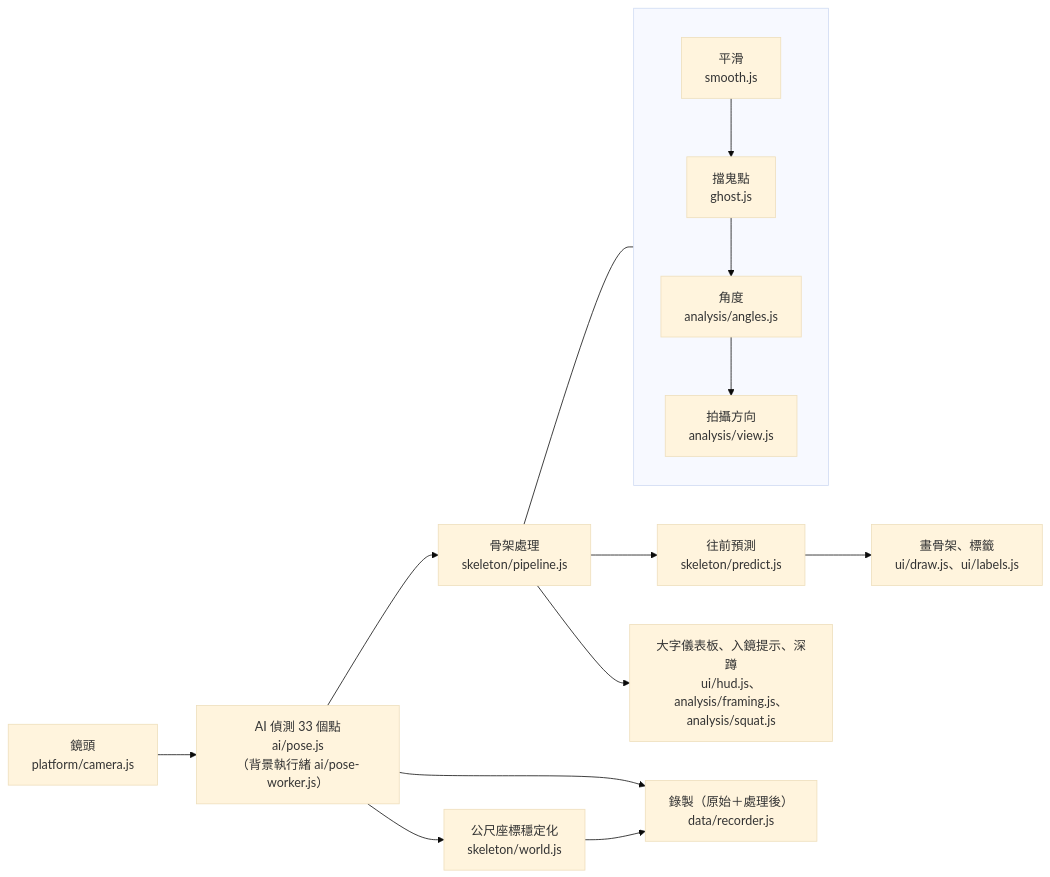
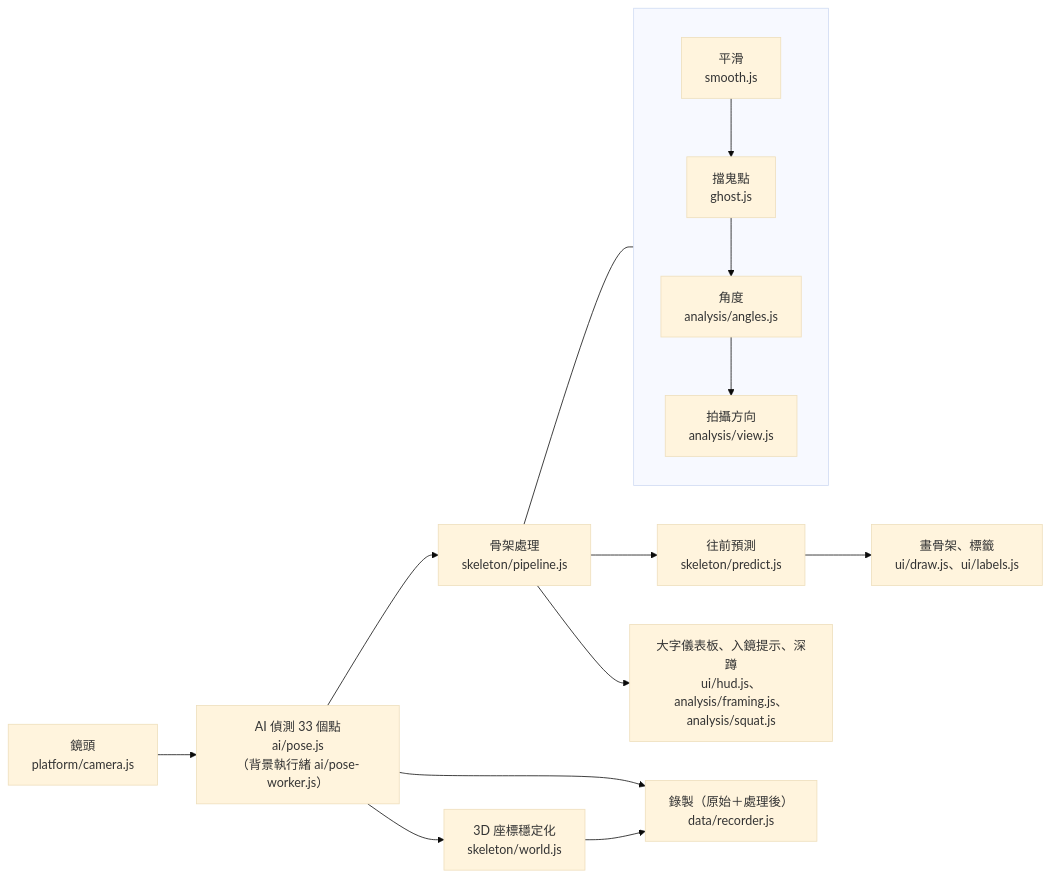
Before and after one commit to ttweew/claude-workspace: the diagram in docs/architecture.md, drawn with Mermaid (base theme). The commit also changed other lines of this file and 18 other files, not shown here.

````diff
--- a/docs/architecture.md
+++ b/docs/architecture.md
@@ -79,14 +79,14 @@
 ```mermaid
 flowchart LR
     CAM["鏡頭<br>platform/camera.js"] --> AI["AI 偵測 33 個點<br>ai/pose.js<br>（背景執行緒 ai/pose-worker.js）"]
     AI --> PIPE["骨架處理<br>skeleton/pipeline.js"]
     subgraph PIPE_IN [" "]
         direction TB
         S1["平滑<br>smooth.js"] --> S2["擋鬼點<br>ghost.js"] --> S3["角度<br>analysis/angles.js"] --> S4["拍攝方向<br>analysis/view.js"]
     end
     PIPE --- PIPE_IN
     PIPE --> PRED["往前預測<br>skeleton/predict.js"] --> DRAW["畫骨架、標籤<br>ui/draw.js、ui/labels.js"]
     PIPE --> HUD["大字儀表板、入鏡提示、深蹲<br>ui/hud.js、analysis/framing.js、analysis/squat.js"]
     AI --> REC["錄製（原始＋處理後）<br>data/recorder.js"]
-    AI --> WORLD["公尺座標穩定化<br>skeleton/world.js"] --> REC
+    AI --> WORLD["3D 座標穩定化<br>skeleton/world.js"] --> REC
 ```
````
